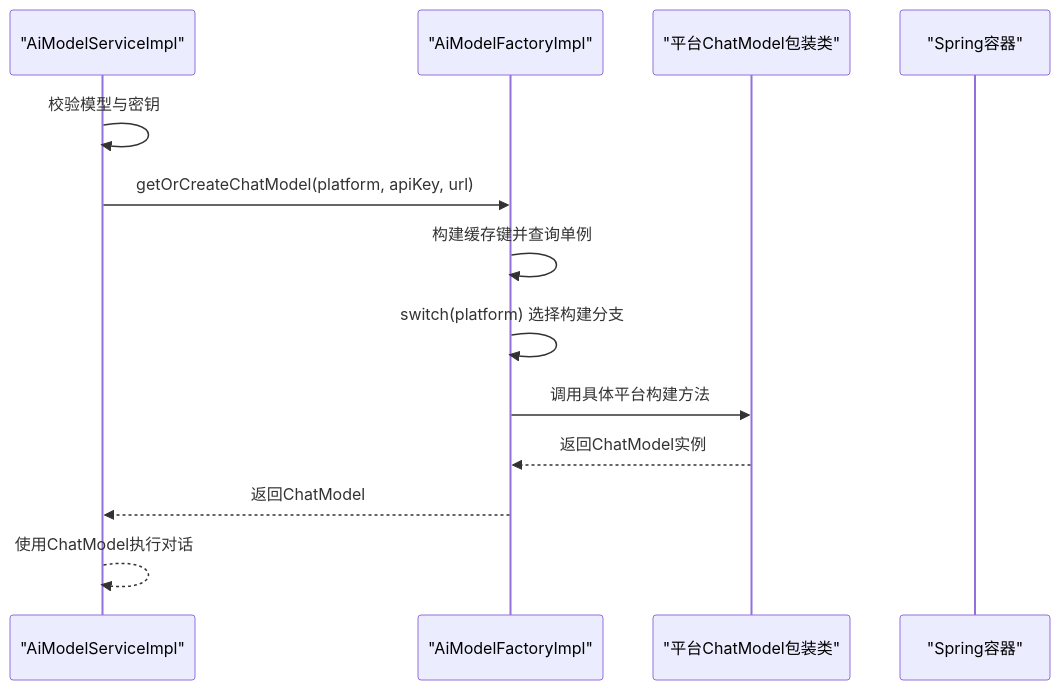
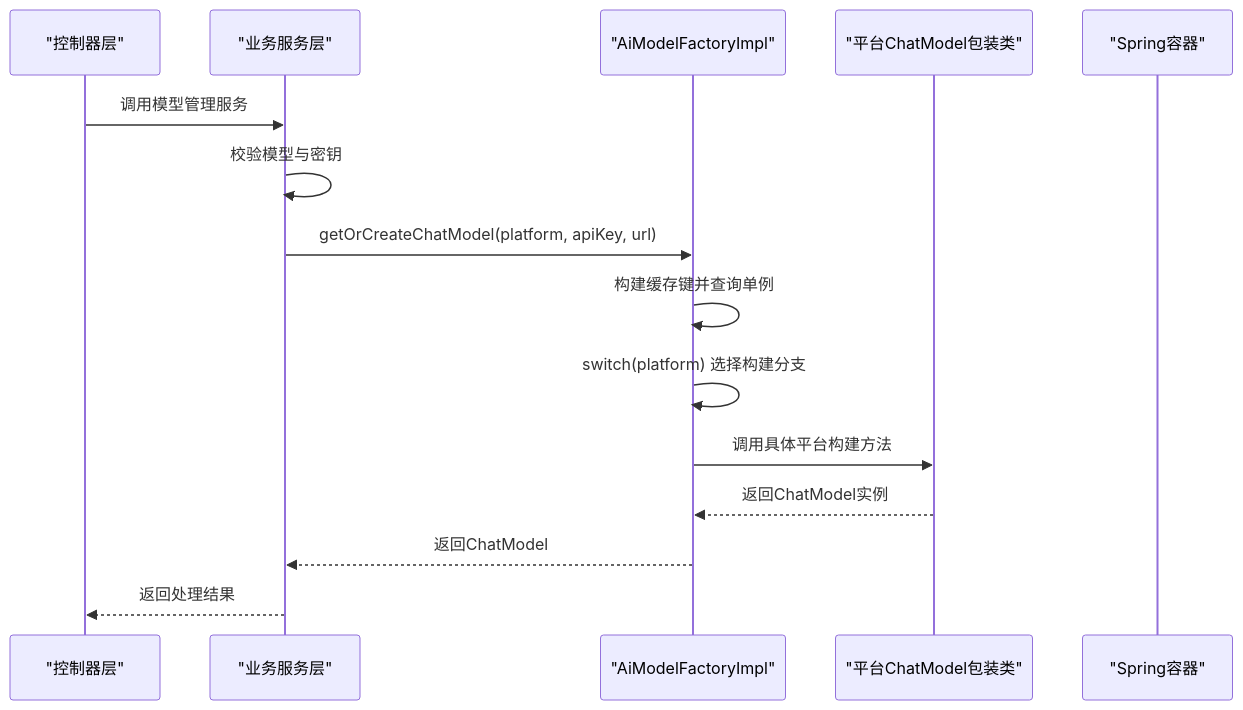
Before and after one commit to X555LB/data-ai: the second of 8 diagrams in .qoder/repowiki/zh/content/AI模型管理/AI模型管理.md, drawn with Mermaid. The commit also changed other lines of this file and 11 other files, not shown here.

````diff
--- a/.qoder/repowiki/zh/content/AI模型管理/AI模型管理.md
+++ b/.qoder/repowiki/zh/content/AI模型管理/AI模型管理.md
@@ -111,15 +141,17 @@
 ```mermaid
 sequenceDiagram
-participant Svc as "AiModelServiceImpl"
+participant Controller as "控制器层"
+participant Service as "业务服务层"
 participant Fac as "AiModelFactoryImpl"
 participant Plat as "平台ChatModel包装类"
 participant Spring as "Spring容器"
-Svc->>Svc : 校验模型与密钥
-Svc->>Fac : getOrCreateChatModel(platform, apiKey, url)
+Controller->>Service : 调用模型管理服务
+Service->>Service : 校验模型与密钥
+Service->>Fac : getOrCreateChatModel(platform, apiKey, url)
 Fac->>Fac : 构建缓存键并查询单例
 Fac->>Fac : switch(platform) 选择构建分支
 Fac->>Plat : 调用具体平台构建方法
 Plat-->>Fac : 返回ChatModel实例
-Fac-->>Svc : 返回ChatModel
-Svc-->>Svc : 使用ChatModel执行对话
+Fac-->>Service : 返回ChatModel
+Service-->>Controller : 返回处理结果
 ```
````
